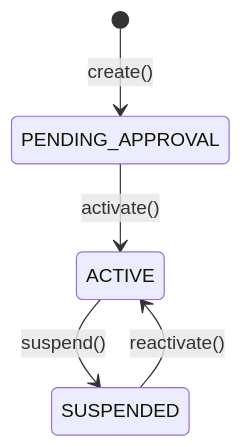
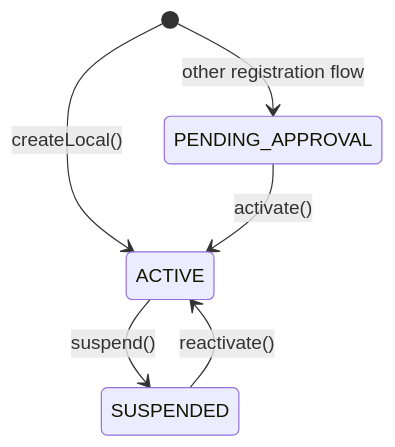
Before and after one commit to khinemyaezin/grab: the third of 3 diagrams in docs/spec/domain/identity/architecture/identity-domain-spec.md, drawn with Mermaid. The commit also changed other lines of this file and 47 other files, not shown here.

````diff
--- a/docs/spec/domain/identity/architecture/identity-domain-spec.md
+++ b/docs/spec/domain/identity/architecture/identity-domain-spec.md
@@ -145,7 +140,8 @@
 ```mermaid
 stateDiagram-v2
-    [*] --> PENDING_APPROVAL : create()
+    [*] --> ACTIVE : createLocal()
+    [*] --> PENDING_APPROVAL : other registration flow
     PENDING_APPROVAL --> ACTIVE : activate()
     ACTIVE --> SUSPENDED : suspend()
     SUSPENDED --> ACTIVE : reactivate()
 ```
````
